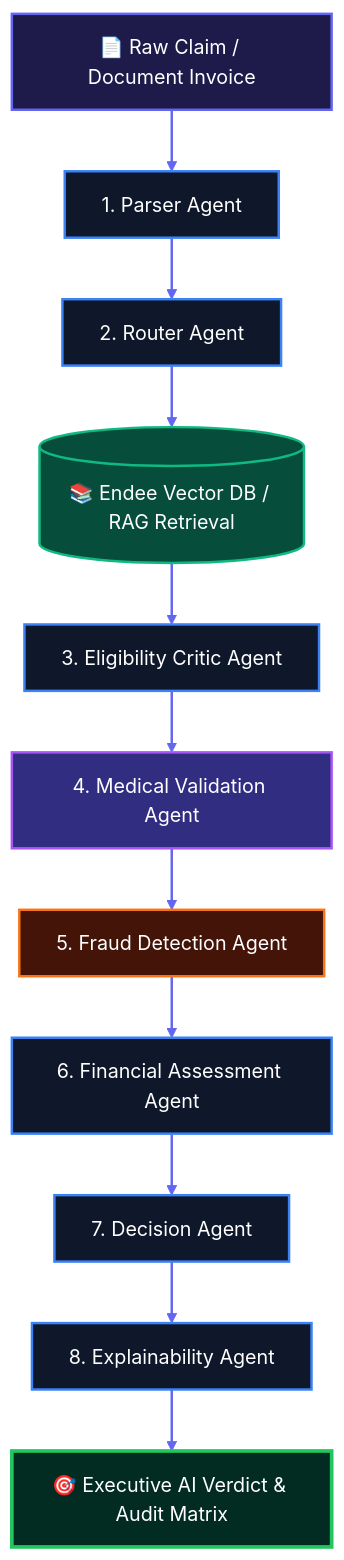
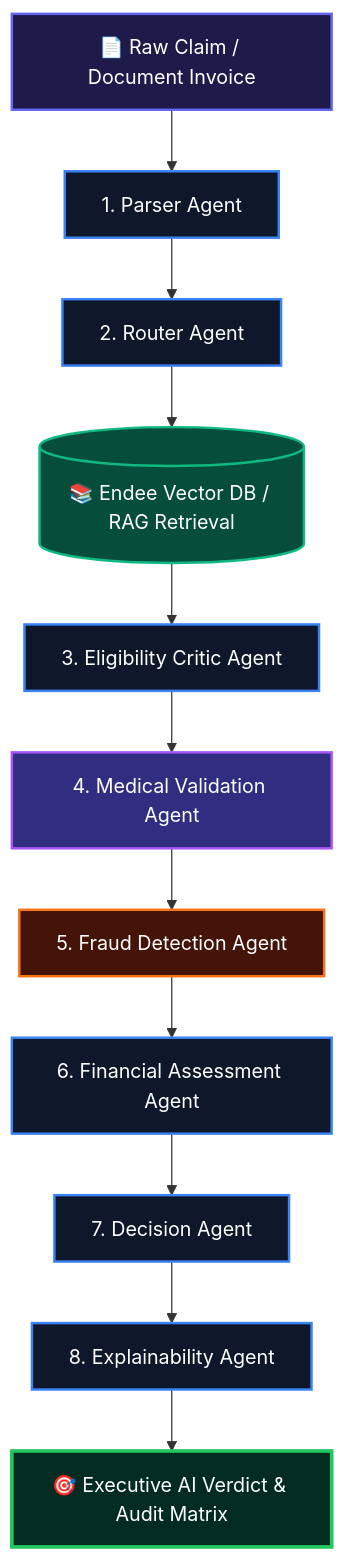
One commit to Naresh5885/failureaware-ai changed the diagram in README.md. Above: the diagram before and after it, drawn with Mermaid. The commit also changed other lines of this file and 8 other files, not shown here.

````diff
--- a/README.md
+++ b/README.md
@@ -41,22 +51,20 @@
 ```mermaid
 graph TD
     classDef inputNode fill:#1e1b4b,stroke:#6366f1,stroke-width:2px,color:#ffffff;
     classDef agentNode fill:#0f172a,stroke:#3b82f6,stroke-width:2px,color:#ffffff;
     classDef dbNode fill:#064e3b,stroke:#10b981,stroke-width:2px,color:#ffffff;
     classDef fraudNode fill:#431407,stroke:#f97316,stroke-width:2px,color:#ffffff;
     classDef alertNode fill:#312e81,stroke:#a855f7,stroke-width:2px,color:#ffffff;
     classDef successNode fill:#022c22,stroke:#22c55e,stroke-width:3px,color:#ffffff;
 
     A["📄 Raw Claim / Document Invoice"]:::inputNode --> B["1. Parser Agent"]:::agentNode
     B --> C["2. Router Agent"]:::agentNode
     C --> D[("📚 Endee Vector DB / RAG Retrieval")]:::dbNode
     D --> E["3. Eligibility Critic Agent"]:::agentNode
     E --> F["4. Medical Validation Agent"]:::alertNode
     F --> G["5. Fraud Detection Agent"]:::fraudNode
     G --> H["6. Financial Assessment Agent"]:::agentNode
     H --> I["7. Decision Agent"]:::agentNode
     I --> J["8. Explainability Agent"]:::agentNode
     J --> K["🎯 Executive AI Verdict & Audit Matrix"]:::successNode
-
-    linkStyle default stroke:#6366f1,stroke-width:2px;
 ```
````
